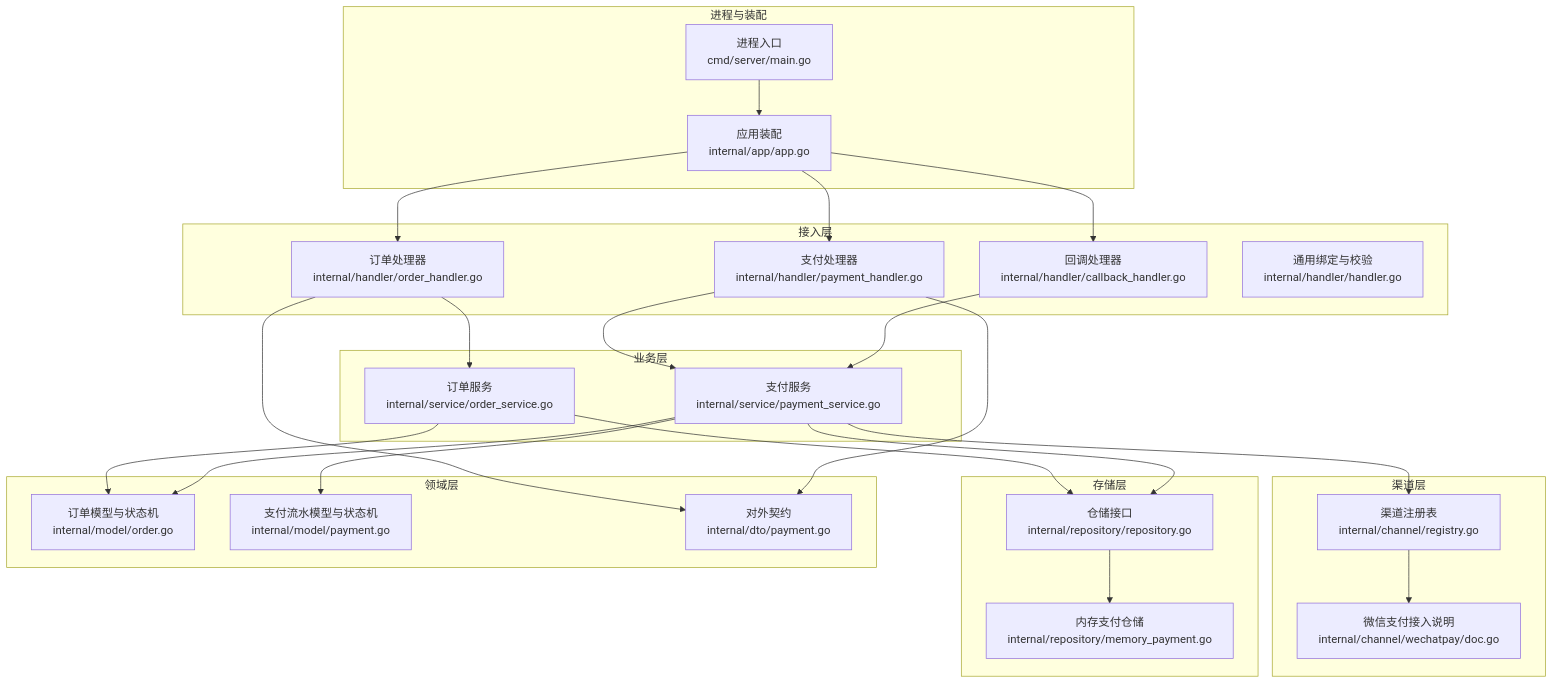
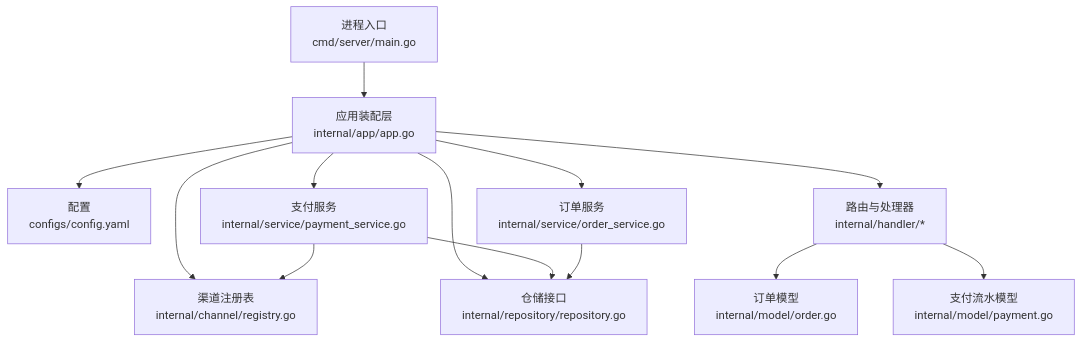
The first of 9 diagrams in .qoder/repowiki/zh/content/架构设计/架构设计.md (gbtdesign/payment), drawn with Mermaid before and after one commit. The commit also changed other lines of this file and 107 other files, not shown here.

````diff
--- a/.qoder/repowiki/zh/content/架构设计/架构设计.md
+++ b/.qoder/repowiki/zh/content/架构设计/架构设计.md
@@ -41,47 +46,15 @@
 ```mermaid
 graph TB
-subgraph "进程与装配"
-Main["进程入口<br/>cmd/server/main.go"]
-App["应用装配<br/>internal/app/app.go"]
-end
-subgraph "接入层"
-HOrder["订单处理器<br/>internal/handler/order_handler.go"]
-HPay["支付处理器<br/>internal/handler/payment_handler.go"]
-HCB["回调处理器<br/>internal/handler/callback_handler.go"]
-HBase["通用绑定与校验<br/>internal/handler/handler.go"]
-end
-subgraph "业务层"
-SOrder["订单服务<br/>internal/service/order_service.go"]
-SPay["支付服务<br/>internal/service/payment_service.go"]
-end
-subgraph "渠道层"
-Reg["渠道注册表<br/>internal/channel/registry.go"]
-WPDoc["微信支付接入说明<br/>internal/channel/wechatpay/doc.go"]
-end
-subgraph "存储层"
-RepoI["仓储接口<br/>internal/repository/repository.go"]
-MemPay["内存支付仓储<br/>internal/repository/memory_payment.go"]
-end
-subgraph "领域层"
-MOrder["订单模型与状态机<br/>internal/model/order.go"]
-MPay["支付流水模型与状态机<br/>internal/model/payment.go"]
-DTO["对外契约<br/>internal/dto/payment.go"]
-end
-Main --> App
-App --> HOrder
-App --> HPay
-App --> HCB
-HOrder --> SOrder
-HPay --> SPay
-HCB --> SPay
-SOrder --> RepoI
-SPay --> RepoI
-SPay --> Reg
-Reg --> WPDoc
-RepoI --> MemPay
-SOrder --> MOrder
-SPay --> MOrder
-SPay --> MPay
-HOrder --> DTO
-HPay --> DTO
+Main["进程入口<br/>cmd/server/main.go"] --> App["应用装配层<br/>internal/app/app.go"]
+App --> Config["配置<br/>configs/config.yaml"]
+App --> ChannelReg["渠道注册表<br/>internal/channel/registry.go"]
+App --> RepoIntf["仓储接口<br/>internal/repository/repository.go"]
+App --> ServiceOrder["订单服务<br/>internal/service/order_service.go"]
+App --> ServicePay["支付服务<br/>internal/service/payment_service.go"]
+App --> Router["路由与处理器<br/>internal/handler/*"]
+Router --> ModelOrder["订单模型<br/>internal/model/order.go"]
+Router --> ModelPayment["支付流水模型<br/>internal/model/payment.go"]
+ServicePay --> RepoIntf
+ServiceOrder --> RepoIntf
+ServicePay --> ChannelReg
 ```
````
